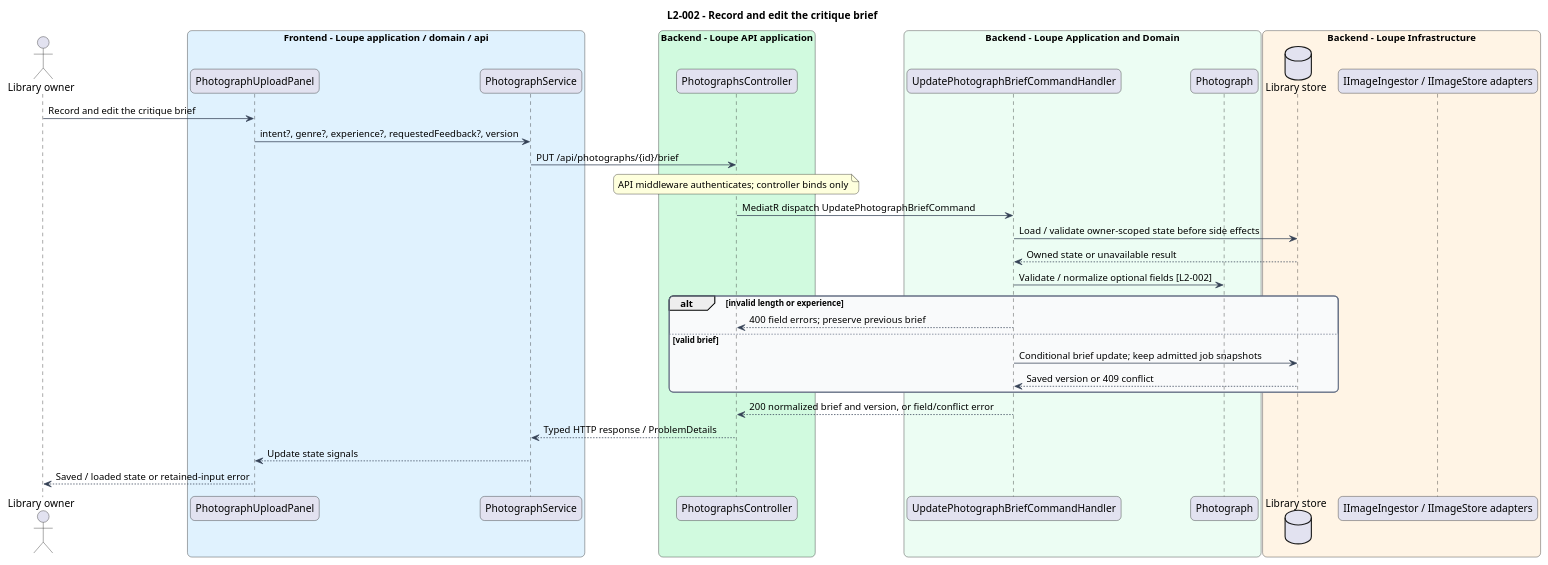
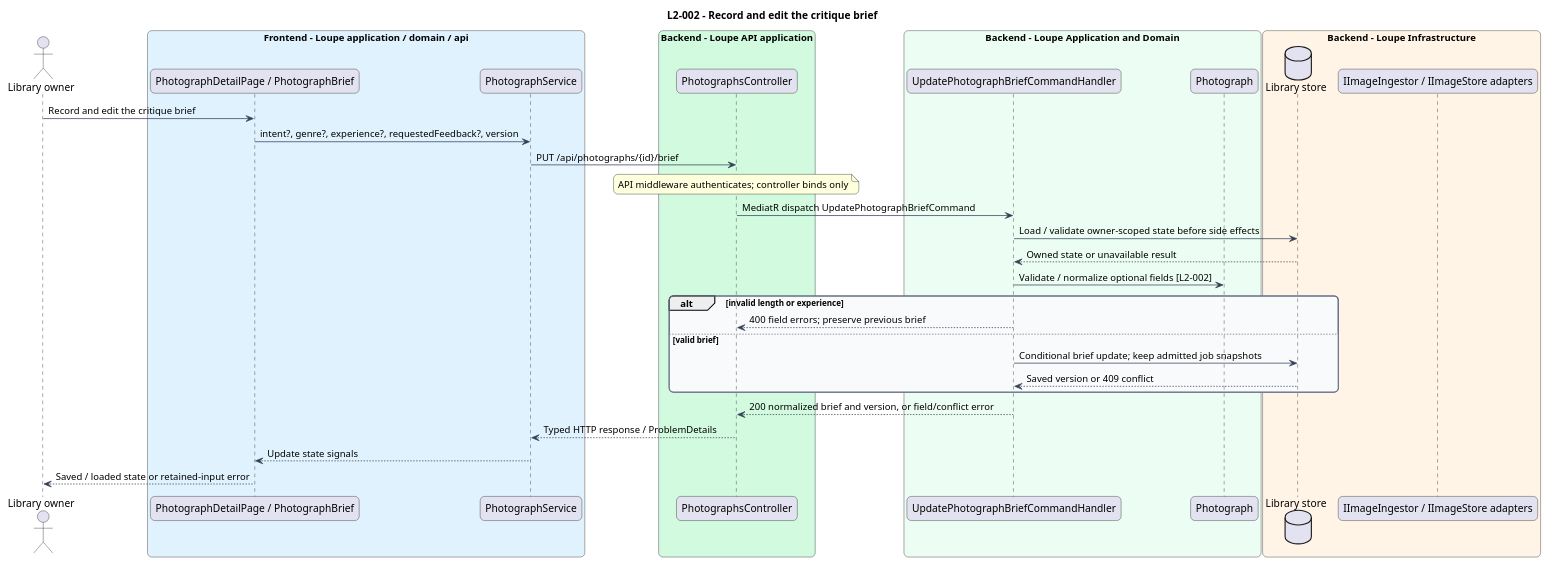
The diagram in docs/detailed-designs/my-work/save-photograph/diagrams/sequence-002.puml (QuinntyneBrown/loupe), drawn with PlantUML before and after one commit. The commit also changed 14 other files, not shown here.

Commit message:
docs: align photograph upload designs with modal behavior

```diff
--- a/docs/detailed-designs/my-work/save-photograph/diagrams/sequence-002.puml
+++ b/docs/detailed-designs/my-work/save-photograph/diagrams/sequence-002.puml
@@ -1,52 +1,52 @@
 @startuml
 title L2-002 - Record and edit the critique brief
 skinparam backgroundColor #FFFFFF
 skinparam shadowing false
 skinparam roundcorner 12
 skinparam defaultFontName Arial
 skinparam ArrowColor #344054
 skinparam rectangle {
   BorderColor #344054
   FontColor #101828
 }
 skinparam package {
   BorderColor #667085
   FontColor #101828
   BackgroundColor #F9FAFB
 }
 
 actor "Library owner" as actor
 box "Frontend - Loupe application / domain / api" #E0F2FE
-participant "PhotographUploadPanel" as page
+participant "PhotographDetailPage / PhotographBrief" as page
 participant "PhotographService" as client
 end box
 box "Backend - Loupe API application" #D1FADF
 participant "PhotographsController" as controller
 end box
 box "Backend - Loupe Application and Domain" #ECFDF3
 participant "UpdatePhotographBriefCommandHandler" as handler
 participant "Photograph" as entity
 end box
 box "Backend - Loupe Infrastructure" #FFF4E5
 database "Library store" as db
 participant "IImageIngestor / IImageStore adapters" as ext
 end box
 actor -> page : Record and edit the critique brief
 page -> client : intent?, genre?, experience?, requestedFeedback?, version
 client -> controller : PUT /api/photographs/{id}/brief
 note over controller : API middleware authenticates; controller binds only
 controller -> handler : MediatR dispatch UpdatePhotographBriefCommand
 handler -> db : Load / validate owner-scoped state before side effects
 db --> handler : Owned state or unavailable result
 handler -> entity : Validate / normalize optional fields [L2-002]
 alt invalid length or experience
 handler --> controller : 400 field errors; preserve previous brief
 else valid brief
 handler -> db : Conditional brief update; keep admitted job snapshots
 db --> handler : Saved version or 409 conflict
 end
 handler --> controller : 200 normalized brief and version, or field/conflict error
 controller --> client : Typed HTTP response / ProblemDetails
 client --> page : Update state signals
 page --> actor : Saved / loaded state or retained-input error
 @enduml
```
